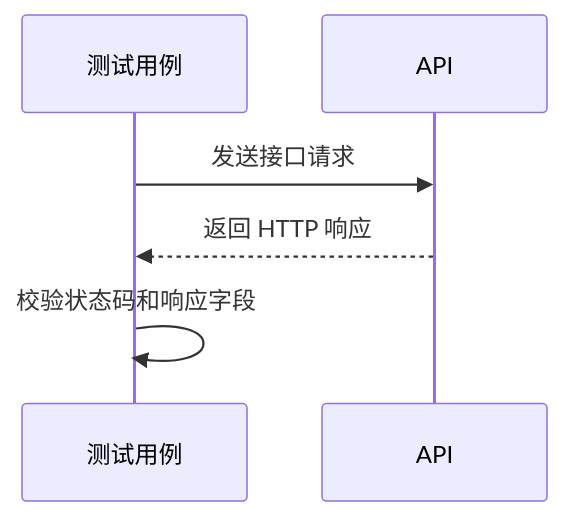
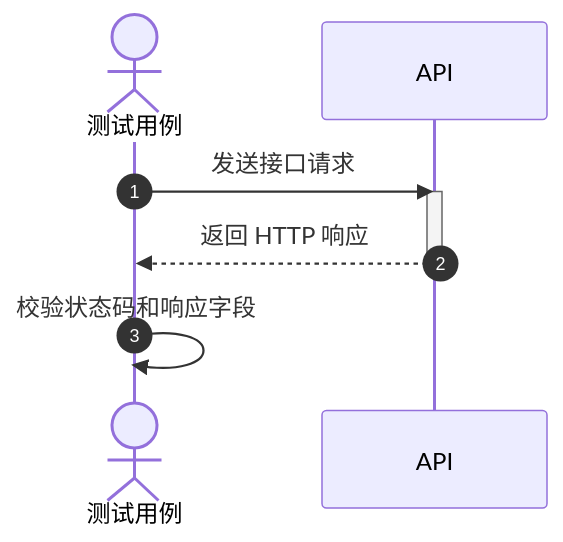
One commit to rockjh/dev-flow changed the diagram in skills/bru-api-test-generator/example/qa/contracts/README.md. Above: the diagram before and after it, drawn with Mermaid. The commit also changed other lines of this file and 146 other files, not shown here.

````diff
--- a/skills/bru-api-test-generator/example/qa/contracts/README.md
+++ b/skills/bru-api-test-generator/example/qa/contracts/README.md
@@ -9,8 +9,11 @@
 ```mermaid
 sequenceDiagram
-    participant C as 测试用例
+    autonumber
+    actor C as 测试用例
     participant A as API
     C->>A: 发送接口请求
+    activate A
     A-->>C: 返回 HTTP 响应
+    deactivate A
     C->>C: 校验状态码和响应字段
 ```
````
